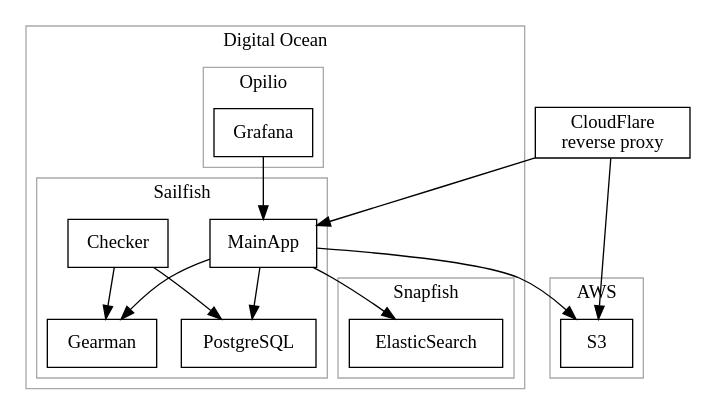
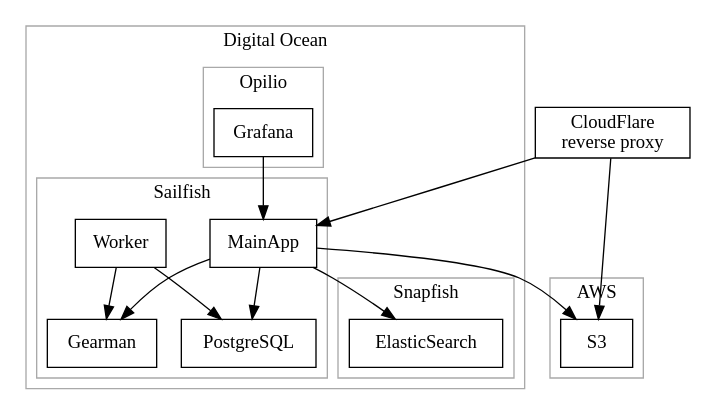
One commit to ultralisp/ultralisp changed the diagram in docs/images/architecture.dot. Above: the diagram before and after it, drawn with Graphviz. The commit also changed 7 other files, not shown here.

```diff
--- a/docs/images/architecture.dot
+++ b/docs/images/architecture.dot
@@ -1,50 +1,50 @@
 // To build, do: lake build-images
 
 digraph G {
   node [shape=rect];
 
   subgraph cluster_1 {
     color=darkgrey;
     S3;
     label = "AWS";
   }
 
   subgraph cluster_2 {
     color=darkgrey;
     label = "Digital Ocean";
 
     subgraph cluster_2_1 {
       color=darkgrey;
       label = "Snapfish";
       ElasticSearch;
     }
 
     subgraph cluster_2_2 {
       color=darkgrey;
       MainApp;
-      Checker;
+      Worker;
       Gearman;
       PostgreSQL;
       label = "Sailfish";
     }
     subgraph cluster_2_3 {
       color=darkgrey;
       Grafana;
       label = "Opilio";
     }
   }
   
   CloudFlare[label="CloudFlare\nreverse proxy"]
   CloudFlare -> S3;
   CloudFlare -> MainApp;
   
   MainApp -> S3;
   MainApp -> ElasticSearch;
   MainApp -> Gearman;
-  Checker -> Gearman;
+  Worker -> Gearman;
   
   MainApp -> PostgreSQL;
-  Checker -> PostgreSQL;
+  Worker -> PostgreSQL;
 
   Grafana -> MainApp;
 }
```
